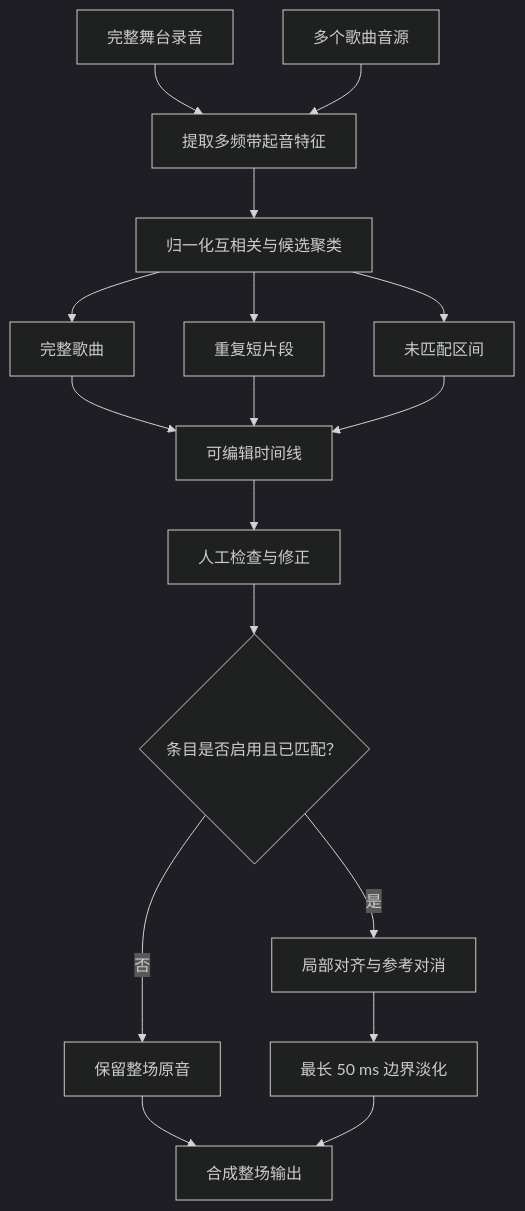
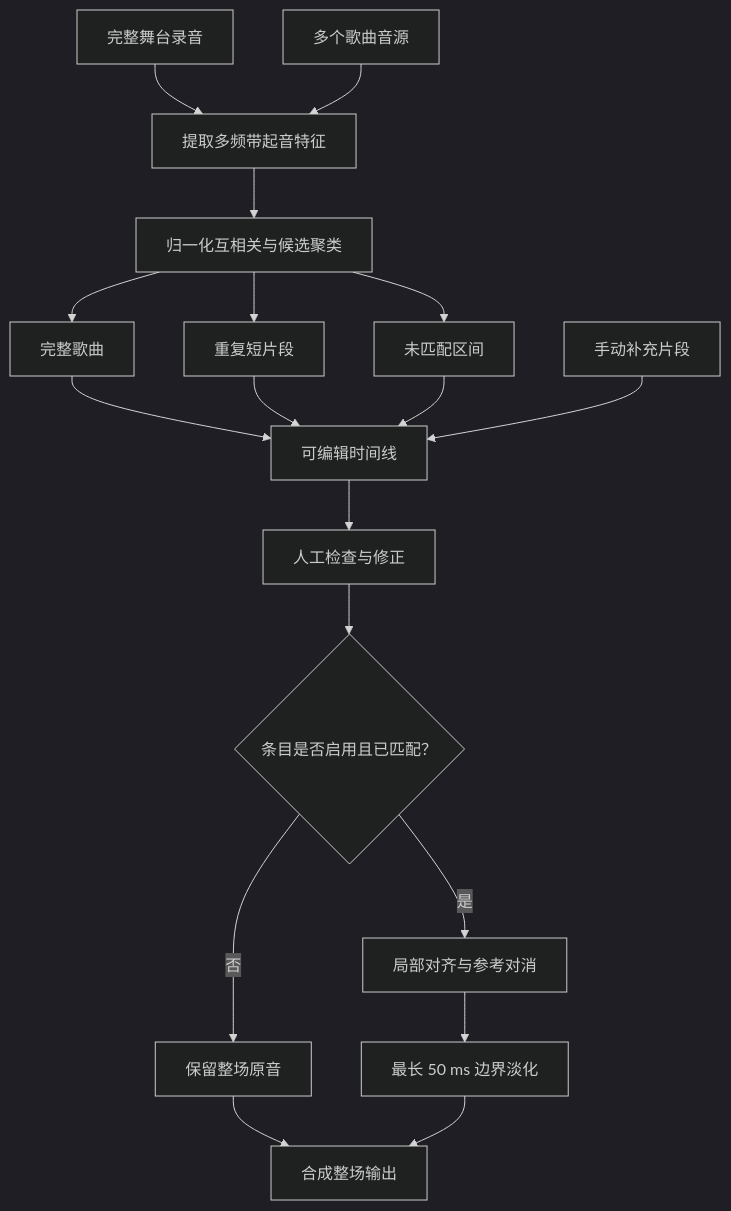
Before and after one commit to ChouChiu/Purivox: the diagram in docs/full-stage.md, drawn with Mermaid (dark theme). The commit also changed other lines of this file and 11 other files, not shown here.

````diff
--- a/docs/full-stage.md
+++ b/docs/full-stage.md
@@ -13,19 +13,20 @@
 ```mermaid
 flowchart TB
     stage["完整舞台录音"] --> feature["提取多频带起音特征"]
     sources["多个歌曲音源"] --> feature
     feature --> match["归一化互相关与候选聚类"]
     match --> song["完整歌曲"]
     match --> fragment["重复短片段"]
     match --> unmatched["未匹配区间"]
     song --> timeline["可编辑时间线"]
     fragment --> timeline
     unmatched --> timeline
+    manual["手动补充片段"] --> timeline
     timeline --> review["人工检查与修正"]
     review --> render{"条目是否启用且已匹配？"}
     render -->|是| cancel["局部对齐与参考对消"]
     render -->|否| original["保留整场原音"]
     cancel --> blend["最长 50 ms 边界淡化"]
     original --> output["合成整场输出"]
     blend --> output
 ```
````
